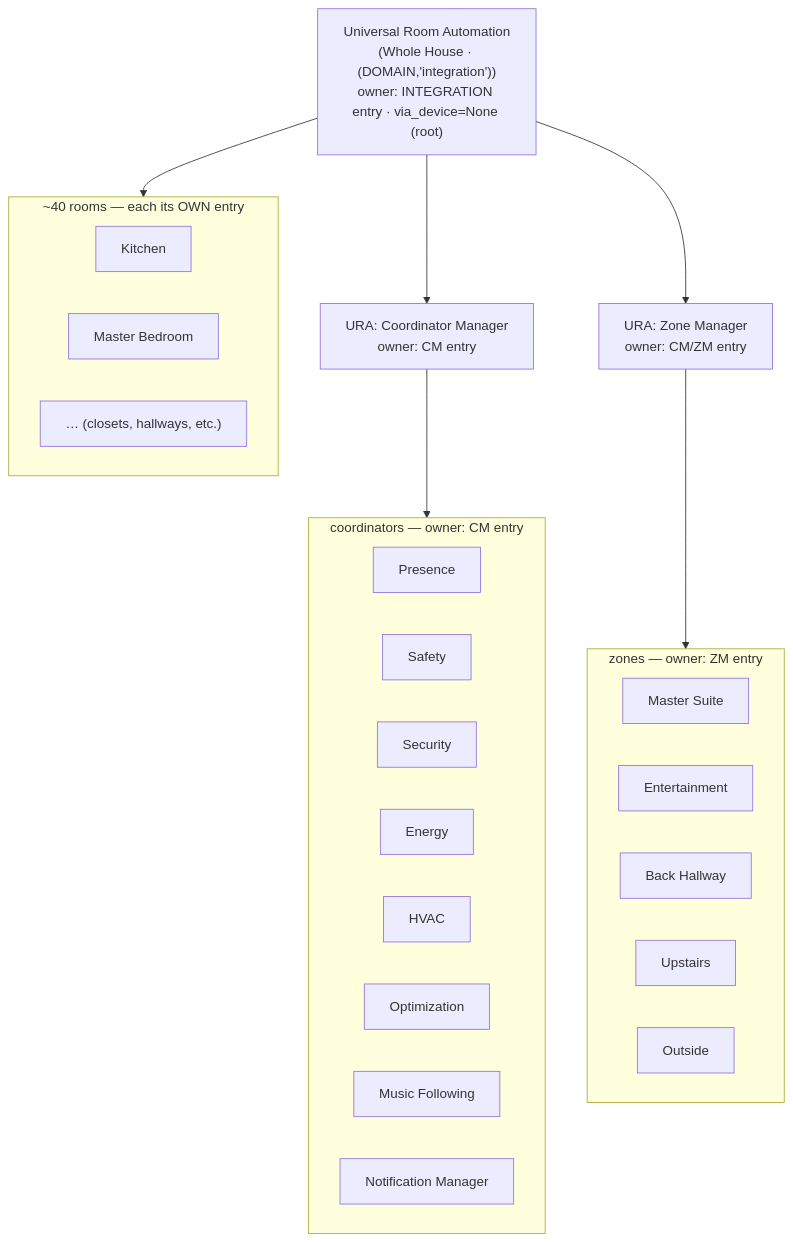
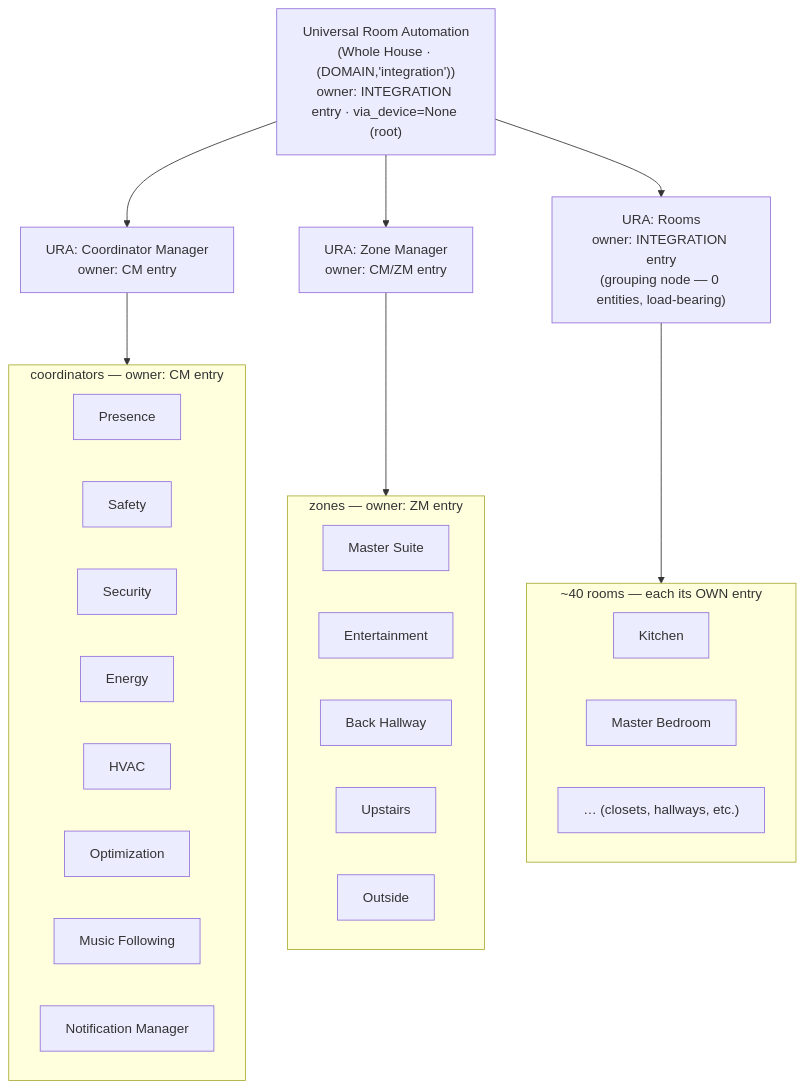
The diagram in docs/architecture/DEVICE_TREE.md (ojiudezue/universal-room-automation), drawn with Mermaid before and after one commit. The commit also changed other lines of this file and 2 other files, not shown here.

First line of the commit message:
device-tree D3 CRIT fix: _GROUPING_NODE_IDS exemption for the Rooms node

````diff
--- a/docs/architecture/DEVICE_TREE.md
+++ b/docs/architecture/DEVICE_TREE.md
@@ -36,20 +36,22 @@
 ```mermaid
 graph TD
     WH["Universal Room Automation<br/>(Whole House · (DOMAIN,'integration'))<br/>owner: INTEGRATION entry · via_device=None (root)"]
     CM["URA: Coordinator Manager<br/>owner: CM entry"]
     ZM["URA: Zone Manager<br/>owner: CM/ZM entry"]
     subgraph coords["coordinators — owner: CM entry"]
       PC[Presence]; SC[Safety]; SEC[Security]; EC[Energy]; HC[HVAC]; OC[Optimization]; MF[Music Following]; NM[Notification Manager]
     end
     subgraph zones["zones — owner: ZM entry"]
       Z1[Master Suite]; Z2[Entertainment]; Z3[Back Hallway]; Z4[Upstairs]; Z5[Outside]
     end
+    ROOMS["URA: Rooms<br/>owner: INTEGRATION entry<br/>(grouping node — 0 entities, load-bearing)"]
     subgraph rooms["~40 rooms — each its OWN entry"]
       R1[Kitchen]; R2[Master Bedroom]; R3["… (closets, hallways, etc.)"]
     end
     WH --> CM
     WH --> ZM
-    WH --> rooms
+    WH --> ROOMS
     CM --> coords
     ZM --> zones
+    ROOMS --> rooms
 ```
````
